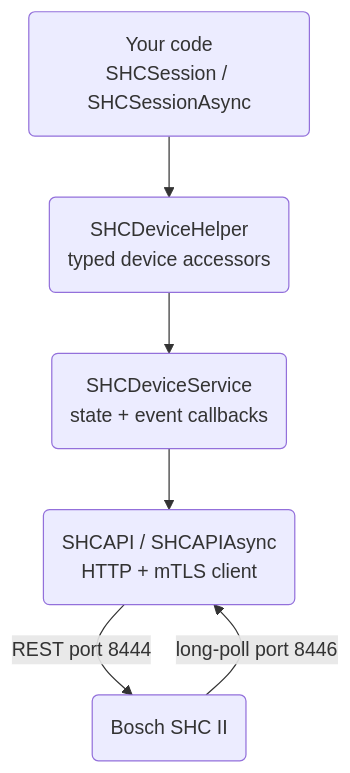
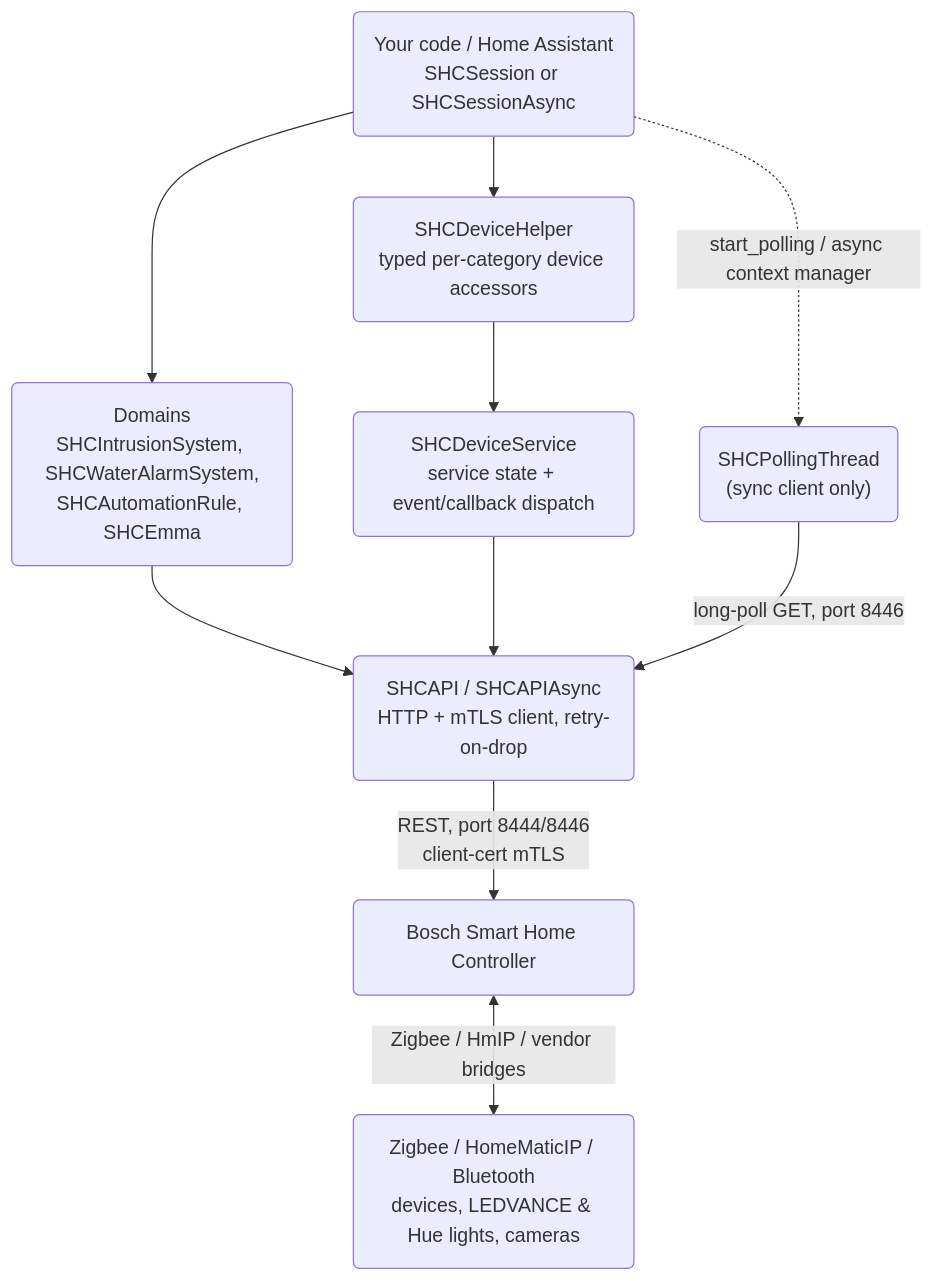
Before and after one commit to tschamm/boschshcpy: the first of 2 diagrams in README.md, drawn with Mermaid. The commit also changed other lines of this file, not shown here.

First line of the commit message:
Update README: document all 0.5.0-0.6.1 capabilities, add architecture diagrams

````diff
--- a/README.md
+++ b/README.md
@@ -63,14 +70,21 @@
 ```mermaid
 graph TD
-    APP("Your code\nSHCSession / SHCSessionAsync")
-    DH("SHCDeviceHelper\ntyped device accessors")
-    DS("SHCDeviceService\nstate + event callbacks")
-    RA("SHCAPI / SHCAPIAsync\nHTTP + mTLS client")
-    SHC("Bosch SHC II")
+    APP("Your code / Home Assistant\nSHCSession or SHCSessionAsync")
+    DH("SHCDeviceHelper\ntyped per-category device accessors")
+    DOM("Domains\nSHCIntrusionSystem, SHCWaterAlarmSystem,\nSHCAutomationRule, SHCEmma")
+    DS("SHCDeviceService\nservice state + event/callback dispatch")
+    RA("SHCAPI / SHCAPIAsync\nHTTP + mTLS client, retry-on-drop")
+    POLL("SHCPollingThread\n(sync client only)")
+    SHC("Bosch Smart Home Controller")
+    DEV("Zigbee / HomeMaticIP / Bluetooth\ndevices, LEDVANCE & Hue lights, cameras")
 
     APP --> DH
+    APP --> DOM
     DH --> DS
+    DOM --> RA
     DS --> RA
-    RA -->|"REST port 8444"| SHC
-    SHC -->|"long-poll port 8446"| RA
+    APP -.->|start_polling / async context manager| POLL
+    POLL -->|long-poll GET, port 8446| RA
+    RA -->|"REST, port 8444/8446\nclient-cert mTLS"| SHC
+    SHC <-->|Zigbee / HmIP / vendor bridges| DEV
 ```
````
